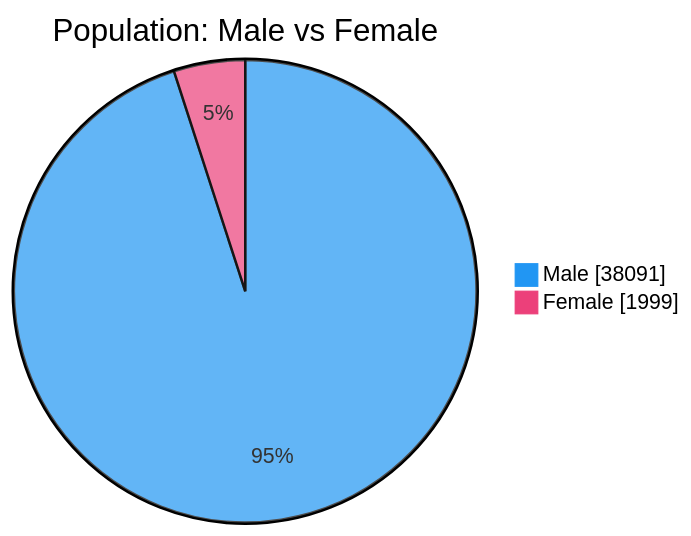
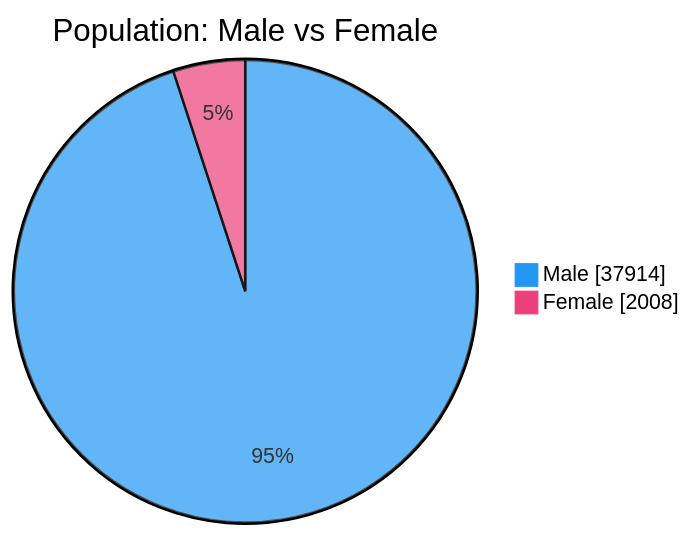
The second of 7 diagrams in README.md (nuuuwan/lk_prisons), drawn with Mermaid before and after one commit. The commit also changed other lines of this file and 1 other file, not shown here.

````diff
--- a/README.md
+++ b/README.md
@@ -54,6 +54,6 @@
 ```mermaid
 %%{init: {'themeVariables': {'pie1': '#2196F3', 'pie2': '#EC407A'}}}%%
 pie showData title Population: Male vs Female
-    "Male" : 38091
-    "Female" : 1999
+    "Male" : 37914
+    "Female" : 2008
 ```
````
